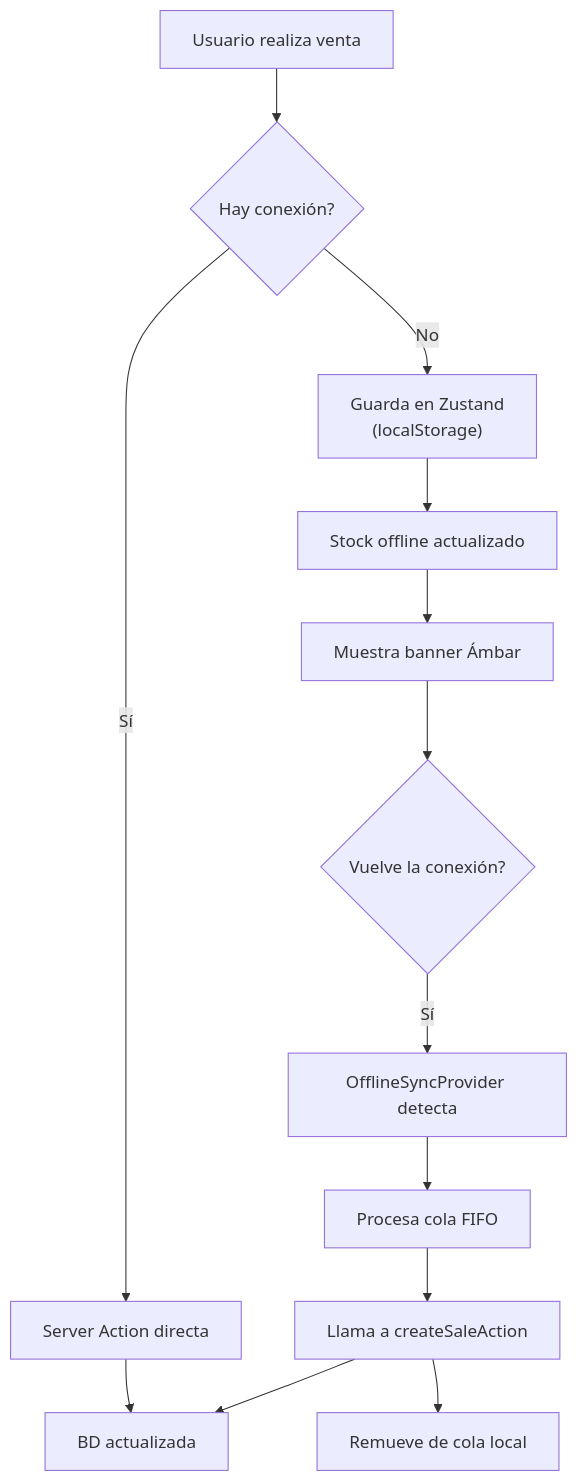
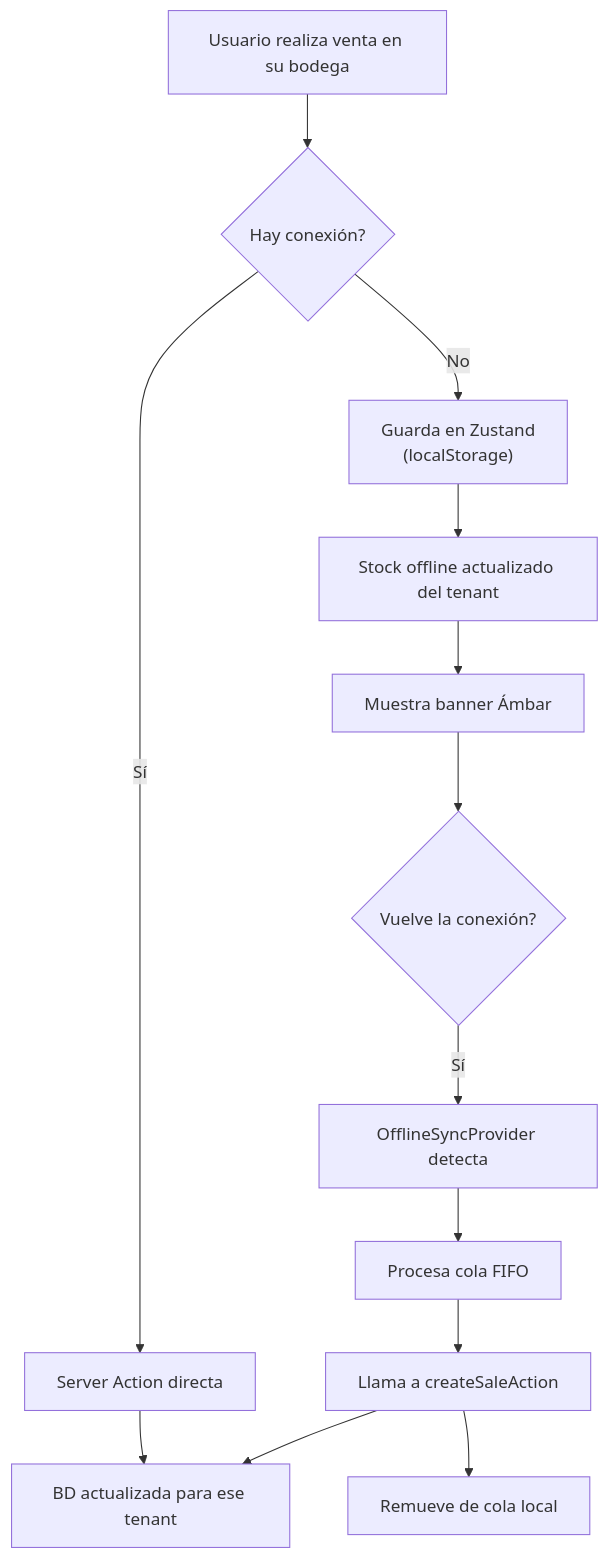
The diagram in docs/07-pwa.md (pcrisho/caja-rus), drawn with Mermaid before and after one commit. The commit also changed other lines of this file and 30 other files, not shown here.

````diff
--- a/docs/07-pwa.md
+++ b/docs/07-pwa.md
@@ -209,18 +223,18 @@
 ```mermaid
 flowchart TD
-    A["Usuario realiza venta"] --> B{"Hay conexión?"}
+    A["Usuario realiza venta en su bodega"] --> B{"Hay conexión?"}
 
     B -->|"Sí"| C["Server Action directa"]
-    C --> D["BD actualizada"]
+    C --> D["BD actualizada para ese tenant"]
 
     B -->|"No"| E["Guarda en Zustand<br/>(localStorage)"]
-    E --> F["Stock offline actualizado"]
+    E --> F["Stock offline actualizado del tenant"]
     F --> G["Muestra banner Ámbar"]
 
     G --> H{"Vuelve la conexión?"}
     H -->|"Sí"| I["OfflineSyncProvider detecta"]
     I --> J["Procesa cola FIFO"]
     J --> K["Llama a createSaleAction"]
     K --> D
     K --> L["Remueve de cola local"]
 ```
````
